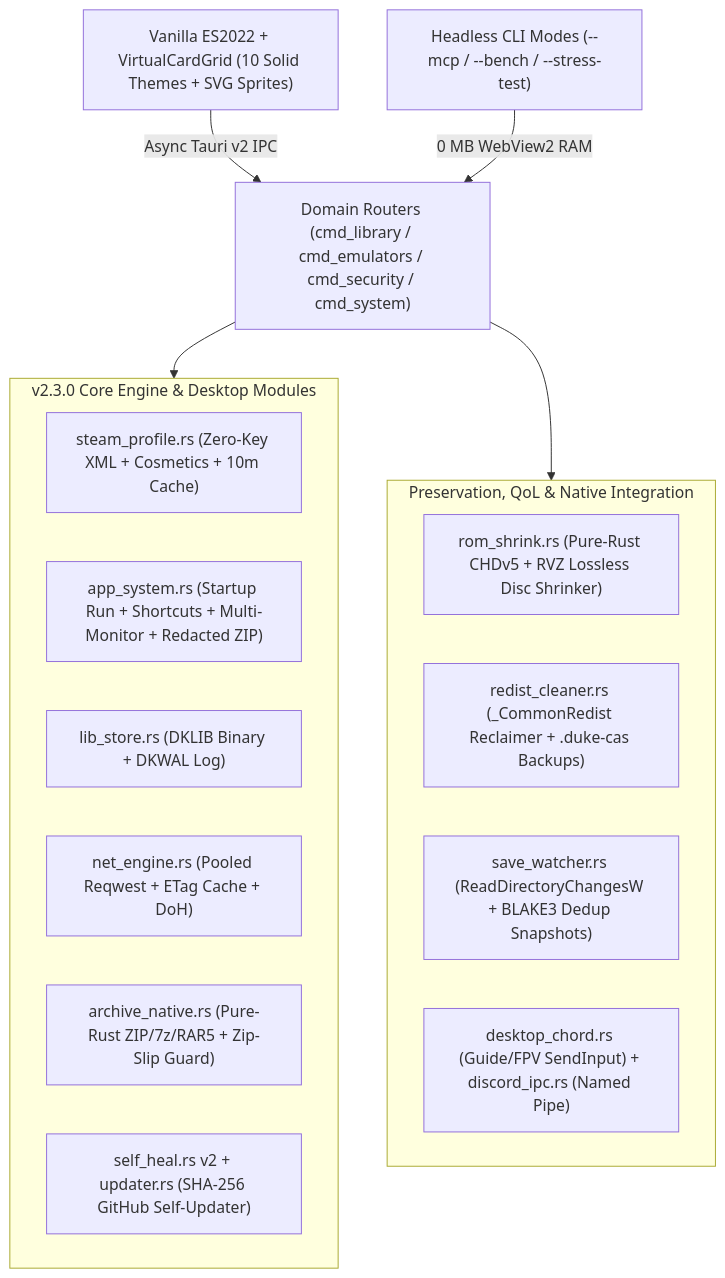
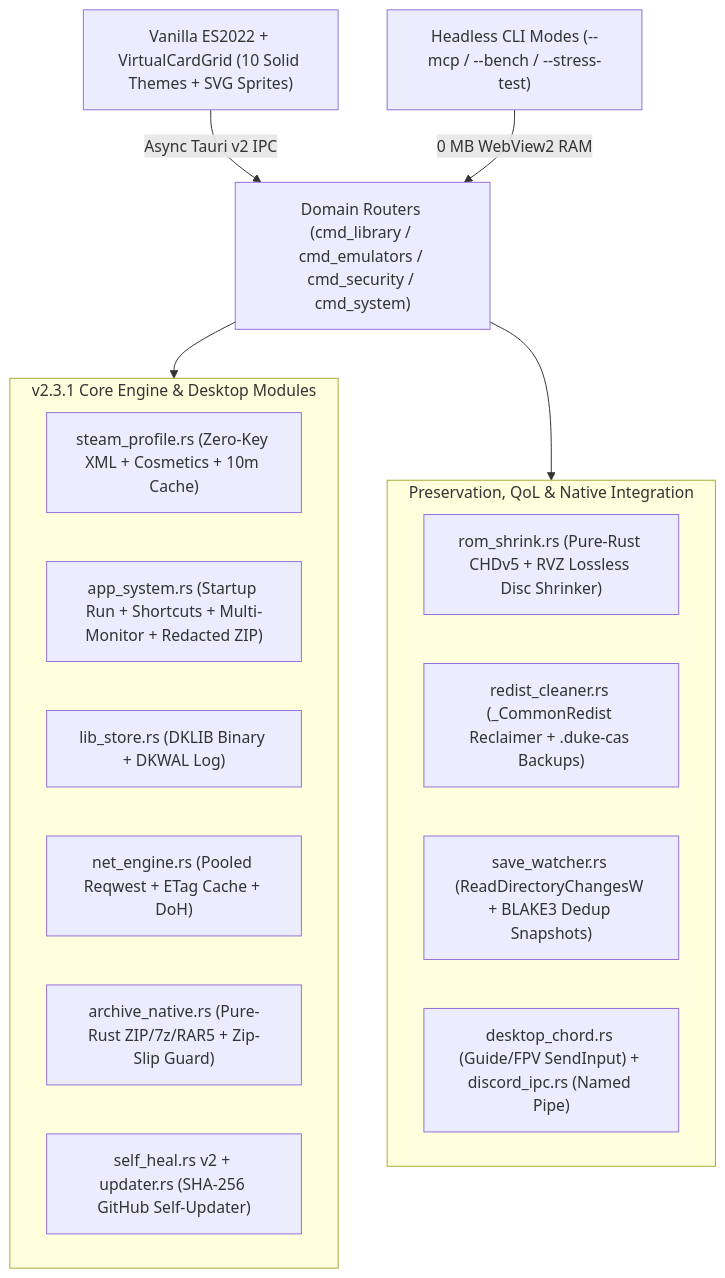
The diagram in README.md (willferrara/duke-systems), drawn with Mermaid before and after one commit. The commit also changed other lines of this file and 28 other files, not shown here.

````diff
--- a/README.md
+++ b/README.md
@@ -74,24 +74,24 @@
 ```mermaid
 flowchart TD
     UI["Vanilla ES2022 + VirtualCardGrid (10 Solid Themes + SVG Sprites)"] -->|"Async Tauri v2 IPC"| Routers["Domain Routers (cmd_library / cmd_emulators / cmd_security / cmd_system)"]
     CLI["Headless CLI Modes (--mcp / --bench / --stress-test)"] -->|"0 MB WebView2 RAM"| Routers
 
-    subgraph CoreV23["v2.3.0 Core Engine & Desktop Modules"]
+    subgraph CoreV23["v2.3.1 Core Engine & Desktop Modules"]
         SteamProf["steam_profile.rs (Zero-Key XML + Cosmetics + 10m Cache)"]
         AppSys["app_system.rs (Startup Run + Shortcuts + Multi-Monitor + Redacted ZIP)"]
         LibStore["lib_store.rs (DKLIB Binary + DKWAL Log)"]
         NetEngine["net_engine.rs (Pooled Reqwest + ETag Cache + DoH)"]
         ArchiveNative["archive_native.rs (Pure-Rust ZIP/7z/RAR5 + Zip-Slip Guard)"]
         SelfHeal["self_heal.rs v2 + updater.rs (SHA-256 GitHub Self-Updater)"]
     end
 
     subgraph PreservationAndUx["Preservation, QoL & Native Integration"]
         RomShrink["rom_shrink.rs (Pure-Rust CHDv5 + RVZ Lossless Disc Shrinker)"]
         RedistClean["redist_cleaner.rs (_CommonRedist Reclaimer + .duke-cas Backups)"]
         SaveWatch["save_watcher.rs (ReadDirectoryChangesW + BLAKE3 Dedup Snapshots)"]
         ChordDiscord["desktop_chord.rs (Guide/FPV SendInput) + discord_ipc.rs (Named Pipe)"]
     end
 
     Routers --> CoreV23
     Routers --> PreservationAndUx
 ```
````
